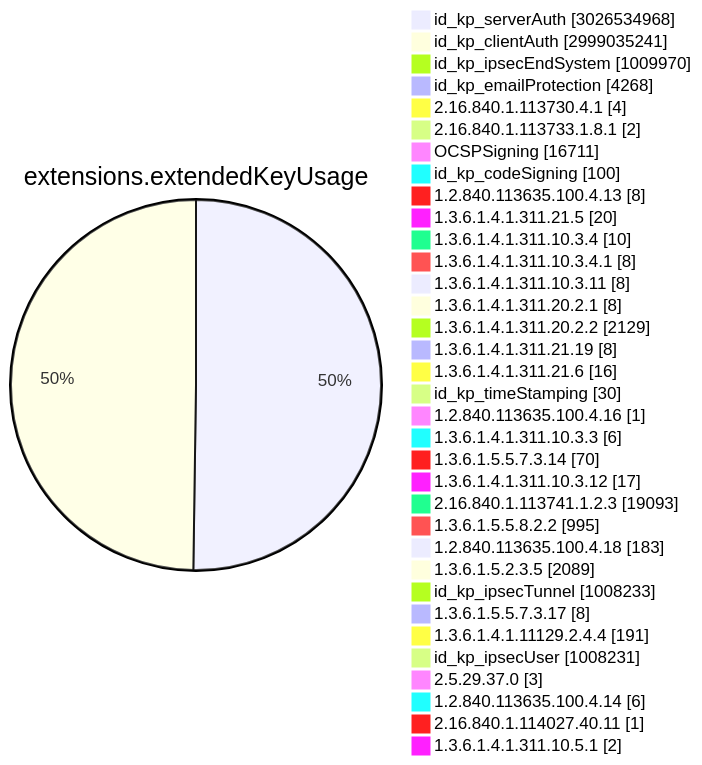
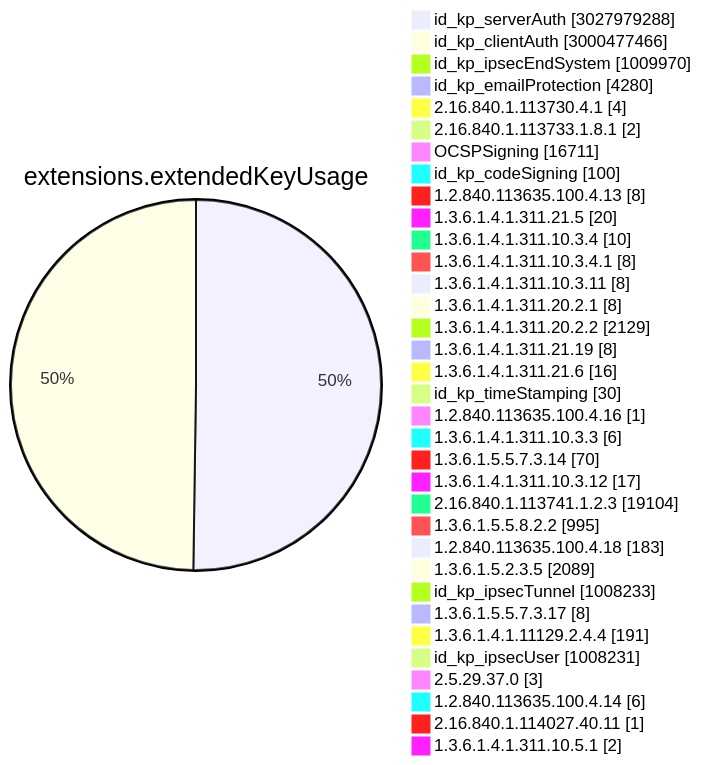
Before and after one commit to christiankrug/ctmonitor_visualization: diagram 11 of 15 in TOTAL/README.md, drawn with Mermaid. The commit also changed other lines of this file, not shown here.

````diff
--- a/TOTAL/README.md
+++ b/TOTAL/README.md
@@ -4110,38 +4110,38 @@
 ```mermaid
 pie showData
 title extensions.extendedKeyUsage
-"id_kp_serverAuth" :3026534968
-"id_kp_clientAuth" :2999035241
+"id_kp_serverAuth" :3027979288
+"id_kp_clientAuth" :3000477466
 "id_kp_ipsecEndSystem" :1009970
-"id_kp_emailProtection" :4268
+"id_kp_emailProtection" :4280
 "2.16.840.1.113730.4.1" :4
 "2.16.840.1.113733.1.8.1" :2
 "OCSPSigning" :16711
 "id_kp_codeSigning" :100
 "1.2.840.113635.100.4.13" :8
 "1.3.6.1.4.1.311.21.5" :20
 "1.3.6.1.4.1.311.10.3.4" :10
 "1.3.6.1.4.1.311.10.3.4.1" :8
 "1.3.6.1.4.1.311.10.3.11" :8
 "1.3.6.1.4.1.311.20.2.1" :8
 "1.3.6.1.4.1.311.20.2.2" :2129
 "1.3.6.1.4.1.311.21.19" :8
 "1.3.6.1.4.1.311.21.6" :16
 "id_kp_timeStamping" :30
 "1.2.840.113635.100.4.16" :1
 "1.3.6.1.4.1.311.10.3.3" :6
 "1.3.6.1.5.5.7.3.14" :70
 "1.3.6.1.4.1.311.10.3.12" :17
-"2.16.840.1.113741.1.2.3" :19093
+"2.16.840.1.113741.1.2.3" :19104
 "1.3.6.1.5.5.8.2.2" :995
 "1.2.840.113635.100.4.18" :183
 "1.3.6.1.5.2.3.5" :2089
 "id_kp_ipsecTunnel" :1008233
 "1.3.6.1.5.5.7.3.17" :8
 "1.3.6.1.4.1.11129.2.4.4" :191
 "id_kp_ipsecUser" :1008231
 "2.5.29.37.0" :3
 "1.2.840.113635.100.4.14" :6
 "2.16.840.1.114027.40.11" :1
 "1.3.6.1.4.1.311.10.5.1" :2
 ```
````
